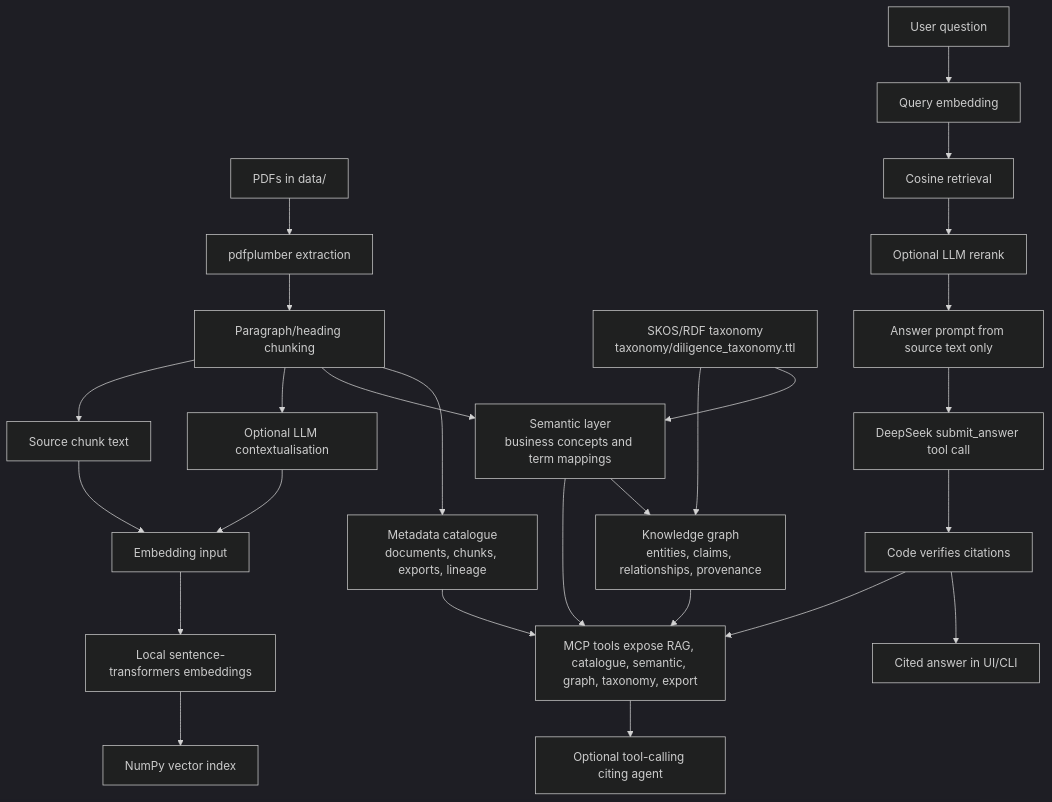
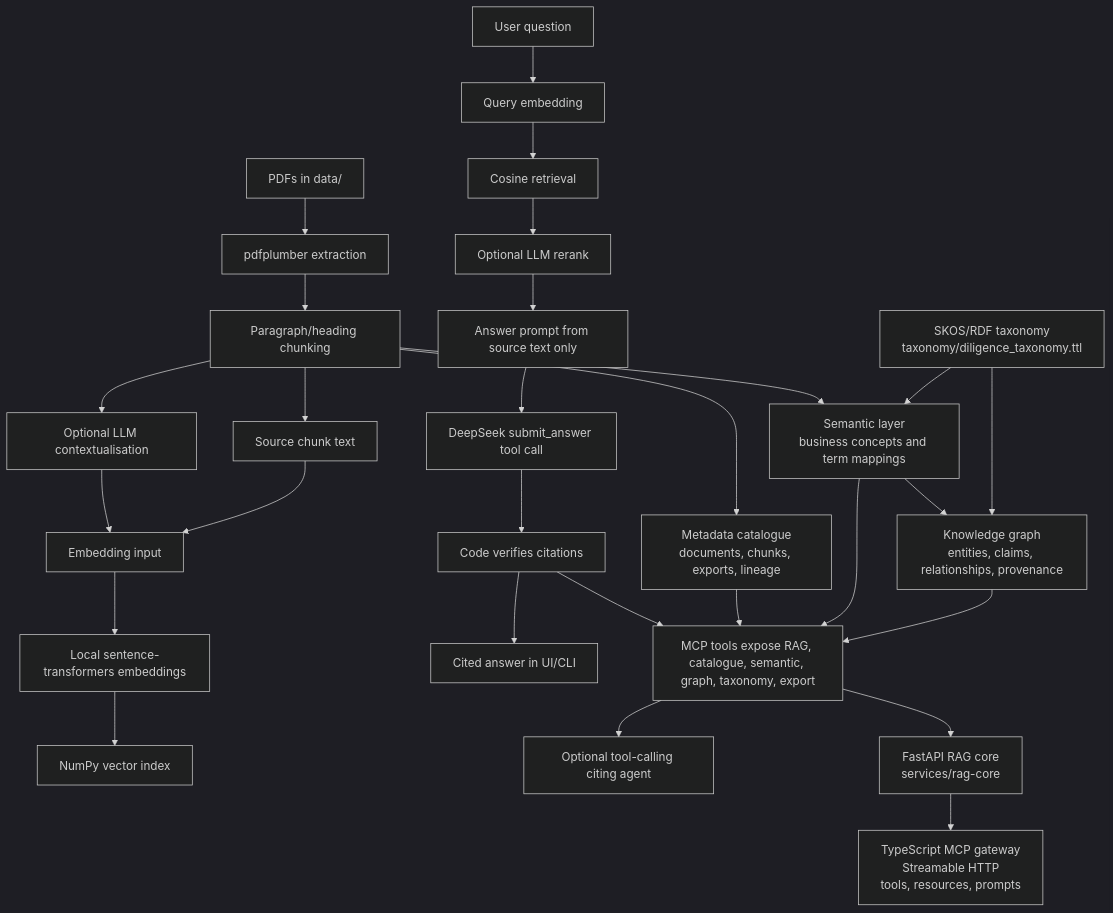
One commit to Lingtronics/data-room-cited changed the diagram in README.md. Above: the diagram before and after it, drawn with Mermaid (dark theme). The commit also changed other lines of this file and 18 other files, not shown here.

Commit message:
Add TypeScript MCP gateway over RAG core

````diff
--- a/README.md
+++ b/README.md
@@ -131,29 +170,31 @@
 ```mermaid
 flowchart TD
     A["PDFs in data/"] --> B["pdfplumber extraction"]
     B --> C["Paragraph/heading chunking"]
     C --> CATA["Metadata catalogue<br/>documents, chunks, exports, lineage"]
     C --> SEM["Semantic layer<br/>business concepts and term mappings"]
     SEM --> KG["Knowledge graph<br/>entities, claims, relationships, provenance"]
     TAX["SKOS/RDF taxonomy<br/>taxonomy/diligence_taxonomy.ttl"] --> SEM
     TAX --> KG
     C --> D["Optional LLM contextualisation"]
     C --> E["Source chunk text"]
     D --> F["Embedding input"]
     E --> F
     F --> G["Local sentence-transformers embeddings"]
     G --> H["NumPy vector index"]
 
     I["User question"] --> J["Query embedding"]
     J --> K["Cosine retrieval"]
     K --> L["Optional LLM rerank"]
     L --> M["Answer prompt from source text only"]
     M --> N["DeepSeek submit_answer tool call"]
     N --> O["Code verifies citations"]
     O --> P["Cited answer in UI/CLI"]
     O --> Q["MCP tools expose RAG, catalogue, semantic, graph, taxonomy, export"]
     CATA --> Q
     SEM --> Q
     KG --> Q
     Q --> R["Optional tool-calling citing agent"]
+    Q --> API["FastAPI RAG core<br/>services/rag-core"]
+    API --> TSMCP["TypeScript MCP gateway<br/>Streamable HTTP<br/>tools, resources, prompts"]
 ```
````
